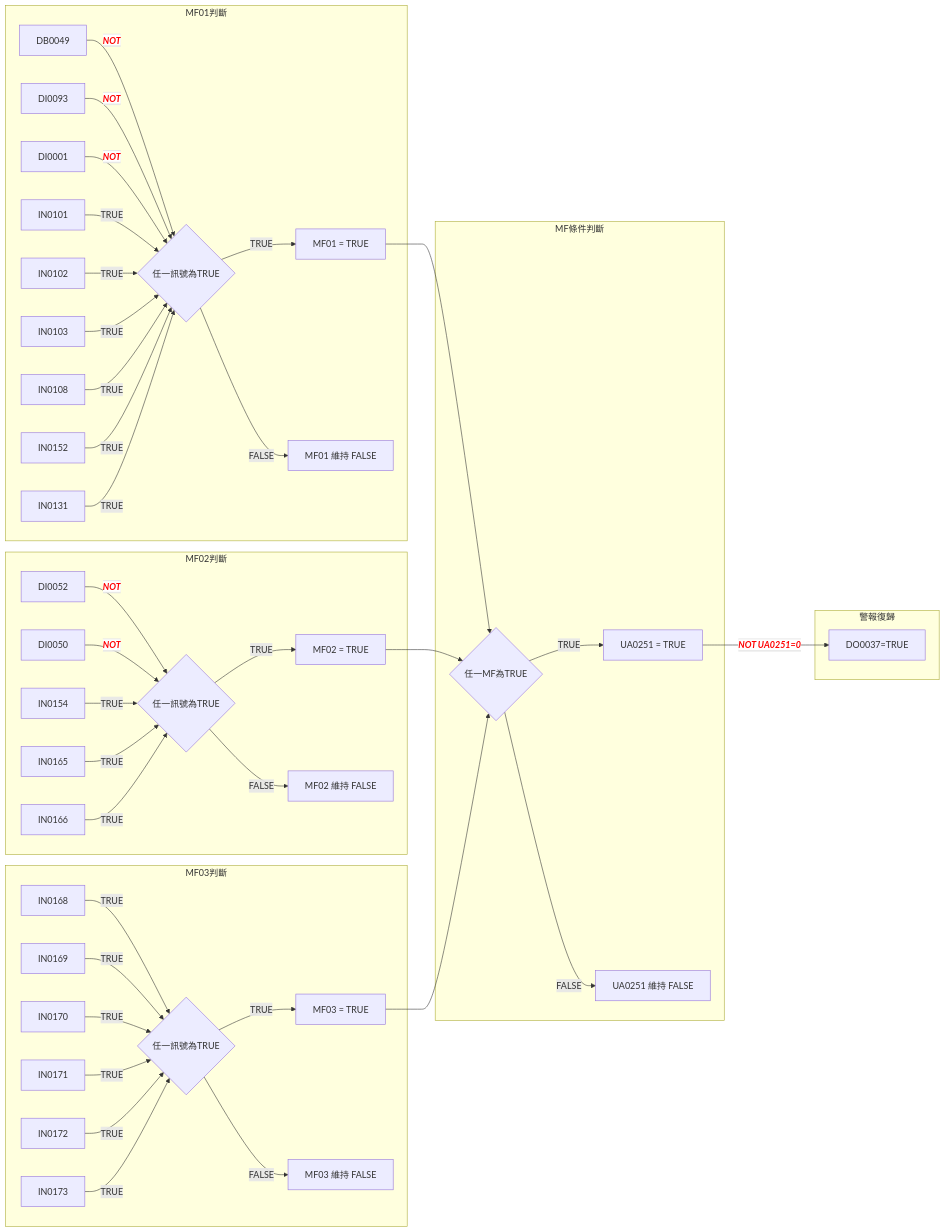
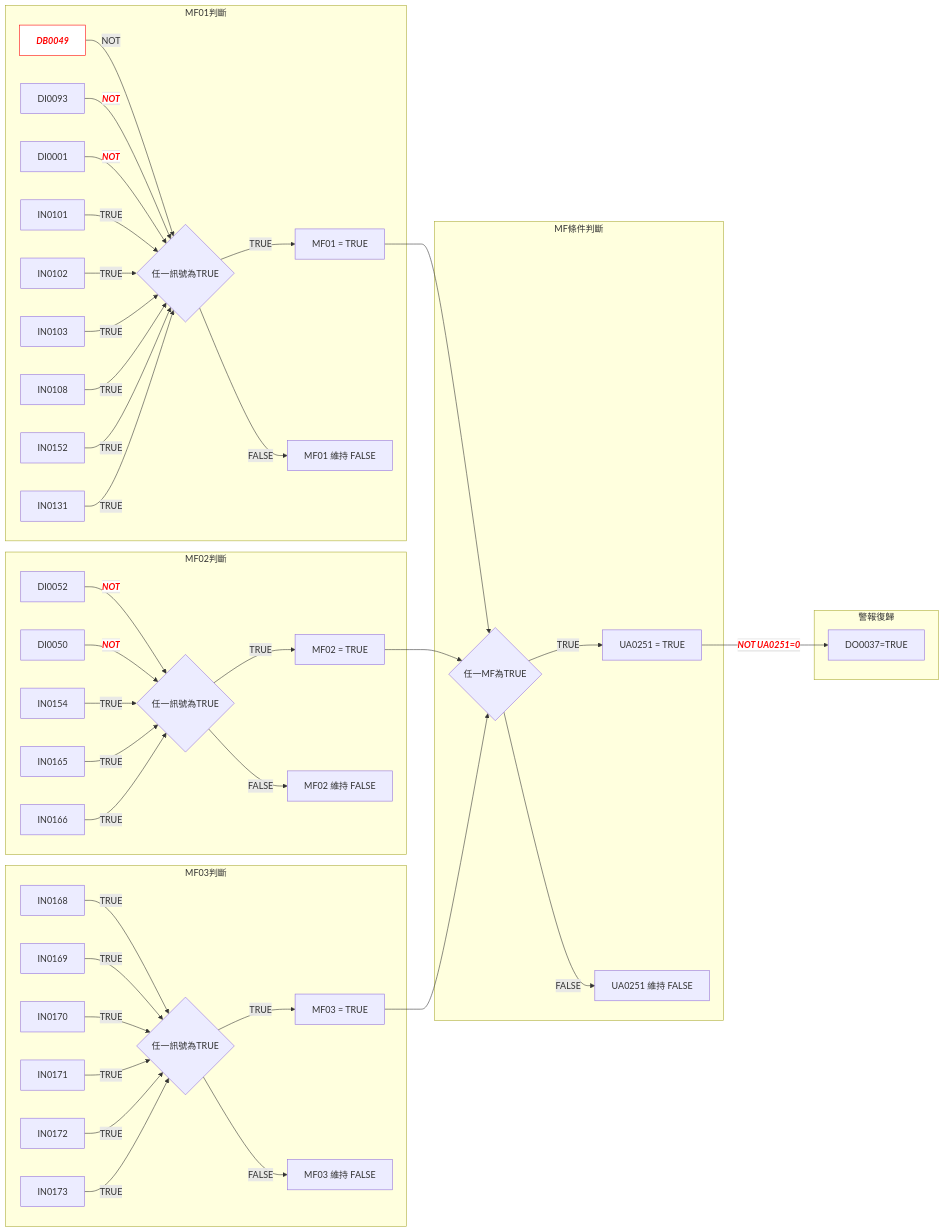
The first of 2 diagrams in docs/DCS/Hitachi/Control-logic-mermaid.md (HachiTsai/DCS-learning), drawn with Mermaid before and after one commit. The commit also changed 4 other files, not shown here.

Commit message:
fixed color chanege abnormal to Control-logic-mermaid.md

````diff
--- a/docs/DCS/Hitachi/Control-logic-mermaid.md
+++ b/docs/DCS/Hitachi/Control-logic-mermaid.md
@@ -5,49 +5,52 @@
 ```mermaid
 flowchart LR
     subgraph MF01判斷
-        A1[DB0049] -->|"<font color='red' style='background-color:white;font-style:italic; font-weight:bold'>NOT</font>"| C1{任一訊號為TRUE}
+        A1[DB0049] -->|NOT| C1{任一訊號為TRUE}
         B1[DI0093] -->|"<font color='red' style='background-color:white;font-style:italic; font-weight:bold'>NOT</font>"| C1
         D1[DI0001] -->|"<font color='red' style='background-color:white;font-style:italic; font-weight:bold'>NOT</font>"| C1
         G1[IN0101] -->|TRUE| C1
         H1[IN0102] -->|TRUE| C1
         I1[IN0103] -->|TRUE| C1
         L1[IN0108] -->|TRUE| C1
         J1[IN0152] -->|TRUE| C1
         K1[IN0131] -->|TRUE| C1
         C1{任一訊號為TRUE} -->|TRUE| E1[MF01 = TRUE]
         C1 -->|FALSE| F1[MF01 維持 FALSE]
     end
+
+        classDef redBold fill:#fff,stroke:#f00,color:#f00,font-weight:bold,font-style:italic
+        class A1 redBold
 
     subgraph MF02判斷
         A2[DI0052] -->|"<font color='red' style='background-color:white;font-style:italic; font-weight:bold'>NOT</font>"| C2
         B2[DI0050] -->|"<font color='red' style='background-color:white;font-style:italic; font-weight:bold'>NOT</font>"| C2
         G2[IN0154] -->|TRUE| C2
         H2[IN0165] -->|TRUE| C2
         I2[IN0166] -->|TRUE| C2
         C2{任一訊號為TRUE} -->|TRUE| E2[MF02 = TRUE]
         C2 -->|FALSE| F2[MF02 維持 FALSE]
     end
 
     subgraph MF03判斷
         A3[IN0168] -->|TRUE| C3
         B3[IN0169] -->|TRUE| C3
         D3[IN0170] -->|TRUE| C3
         G3[IN0171] -->|TRUE| C3
         H3[IN0172] -->|TRUE| C3
         I3[IN0173] -->|TRUE| C3
         C3{任一訊號為TRUE} -->|TRUE| E3[MF03 = TRUE]
         C3 -->|FALSE| F3[MF03 維持 FALSE]
     end
 
     subgraph MF條件判斷
         E1 --> C4{任一MF為TRUE}
         E2 --> C4
         E3 --> C4
         C4 -->|TRUE| K4[UA0251 = TRUE]
         C4 -->|FALSE| K5[UA0251 維持 FALSE]
     end
 
     subgraph 警報復歸
         K4 -->|"<font color='red' style='background-color:white;font-style:italic; font-weight:bold'>NOT UA0251=0</font>"| B4[DO0037=TRUE]
     end
 ```
````
